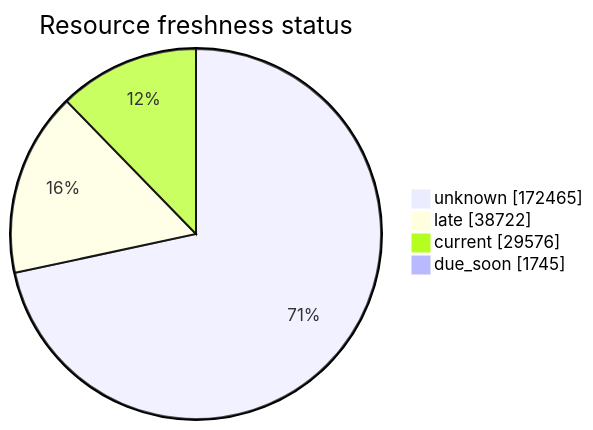
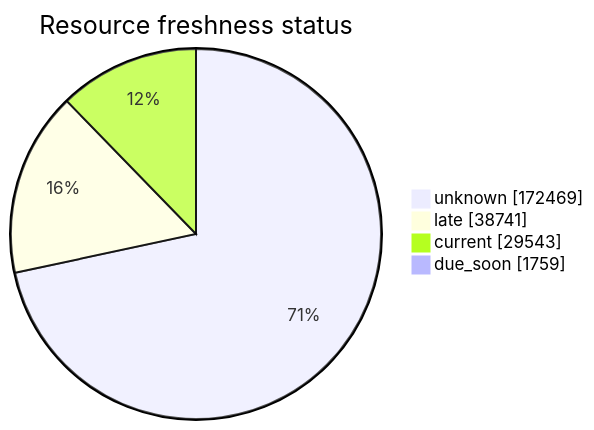
One commit to open-data/analytics-corporate-reporting changed the third of 5 diagrams in FreshCheck/README.md. Above: the diagram before and after it, drawn with Mermaid. The commit also changed other lines of this file and 3 other files, not shown here.

````diff
--- a/FreshCheck/README.md
+++ b/FreshCheck/README.md
@@ -77,7 +77,7 @@
 ```mermaid
 pie showData title Resource freshness status
-    "unknown": 172465
-    "late": 38722
-    "current": 29576
-    "due_soon": 1745
+    "unknown": 172469
+    "late": 38741
+    "current": 29543
+    "due_soon": 1759
 ```
````
